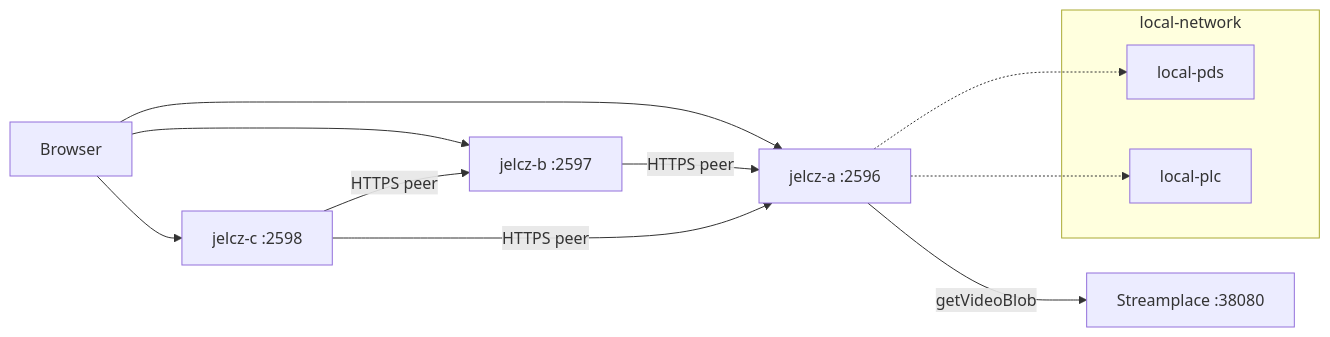
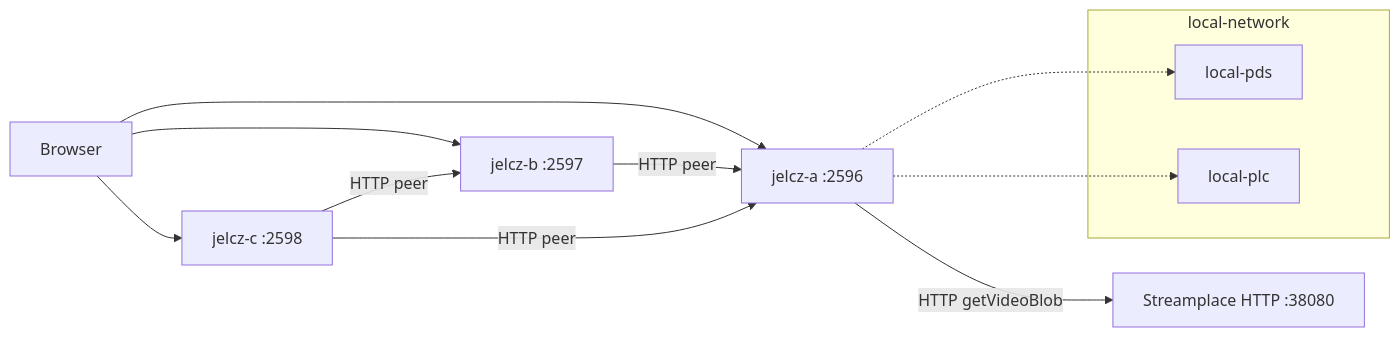
The diagram in docs/20-explanation/guides/streamplace-jelcz-peership-lab.md (jvalinsky/garazyk), drawn with Mermaid before and after one commit. The commit also changed other lines of this file and 82 other files, not shown here.

````diff
--- a/docs/20-explanation/guides/streamplace-jelcz-peership-lab.md
+++ b/docs/20-explanation/guides/streamplace-jelcz-peership-lab.md
@@ -94,16 +129,16 @@
 ```mermaid
 flowchart LR
   subgraph atproto ["local-network"]
     PDS[local-pds]
     PLC[local-plc]
   end
-  SP[Streamplace :38080]
+  SP[Streamplace HTTP :38080]
   JA[jelcz-a :2596]
   JB[jelcz-b :2597]
   JC[jelcz-c :2598]
   Browser --> JA & JB & JC
-  JA -->|getVideoBlob| SP
-  JB -->|HTTPS peer| JA
-  JC -->|HTTPS peer| JA & JB
+  JA -->|HTTP getVideoBlob| SP
+  JB -->|HTTP peer| JA
+  JC -->|HTTP peer| JA & JB
   JA -.-> PDS & PLC
 ```
````
